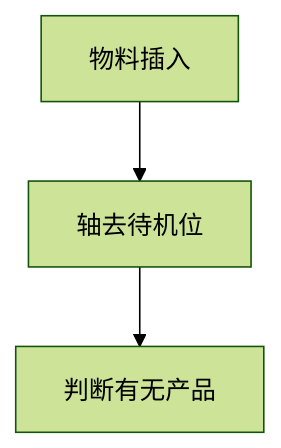
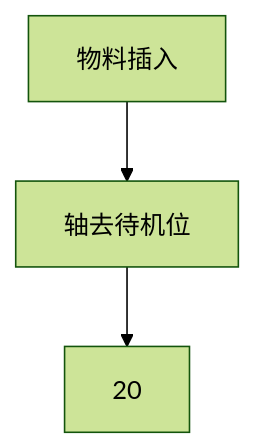
One commit to zmq000/iodraw-files changed the diagram in all/VR-OP90物料插入.md. Above: the diagram before and after it, drawn with Mermaid (forest theme).

Commit message:
2026-06-18 11:12:18 update

````diff
--- a/all/VR-OP90物料插入.md
+++ b/all/VR-OP90物料插入.md
@@ -1,7 +1,7 @@
 ```mermaid
 graph TD
 0[物料插入]-->10
 10[轴去待机位]-->20
-20[判断有无产品]
+20
   
 ```
````
